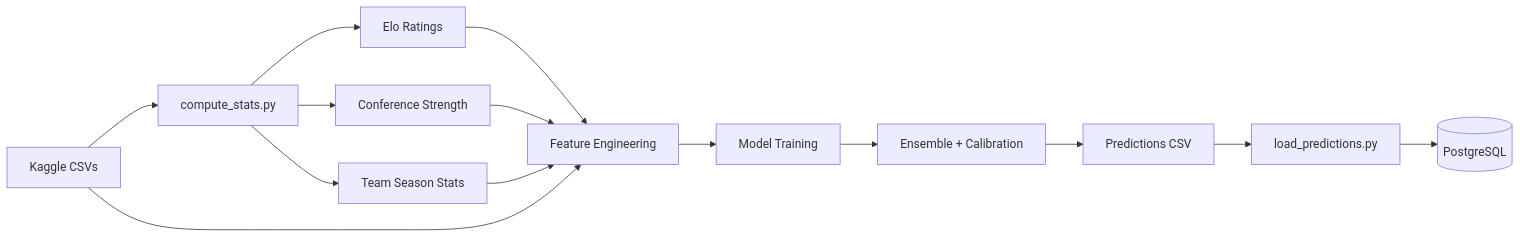
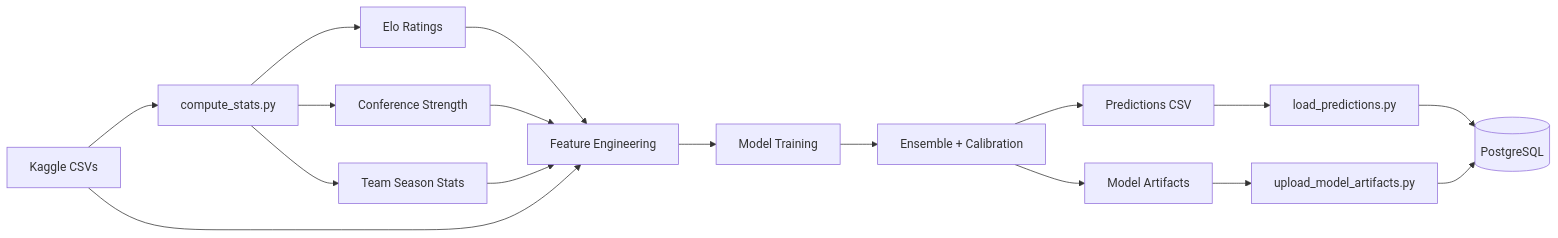
Before and after one commit to rapaugustino/ubunifu-madness: the first of 2 diagrams in docs/MODEL.md, drawn with Mermaid. The commit also changed other lines of this file and 10 other files, not shown here.

````diff
--- a/docs/MODEL.md
+++ b/docs/MODEL.md
@@ -31,16 +55,19 @@
 ```mermaid
 graph LR
     A[Kaggle CSVs] --> B[compute_stats.py]
     B --> C[Elo Ratings]
     B --> D[Conference Strength]
     B --> E[Team Season Stats]
     C --> F[Feature Engineering]
     D --> F
     E --> F
     A --> F
     F --> G[Model Training]
     G --> H[Ensemble + Calibration]
     H --> I[Predictions CSV]
-    I --> J[load_predictions.py]
-    J --> K[(PostgreSQL)]
+    H --> J[Model Artifacts]
+    I --> K[load_predictions.py]
+    J --> L[upload_model_artifacts.py]
+    K --> M[(PostgreSQL)]
+    L --> M
 ```
````
